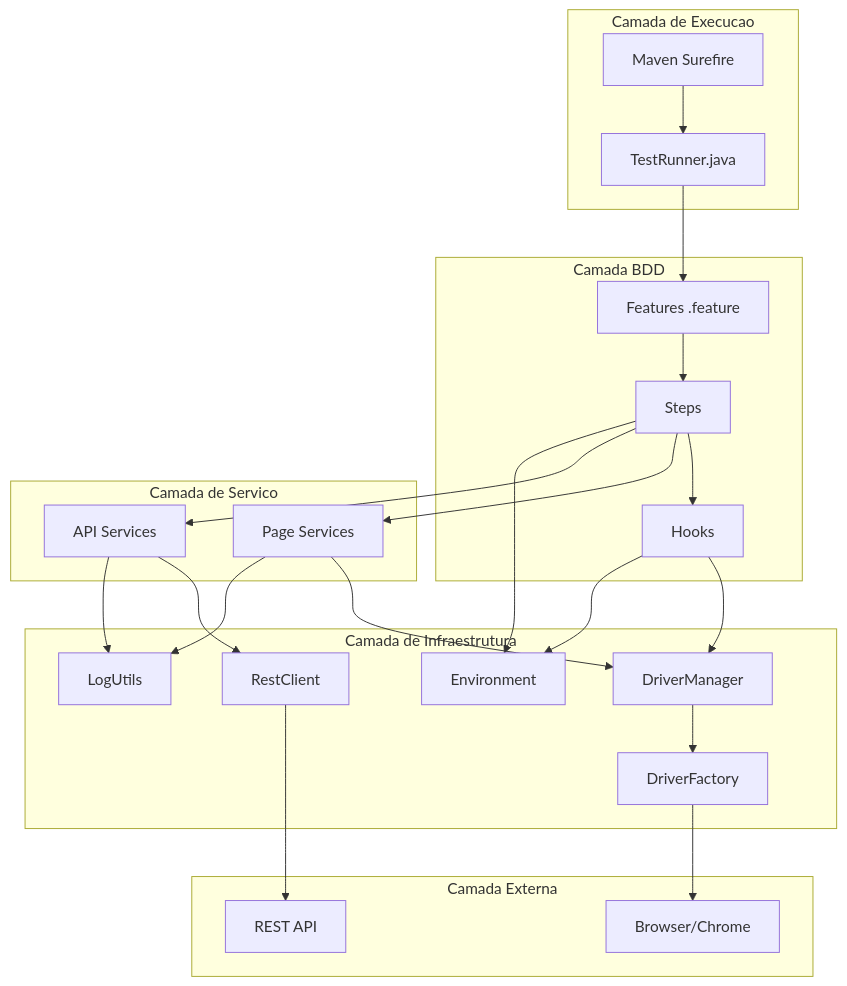
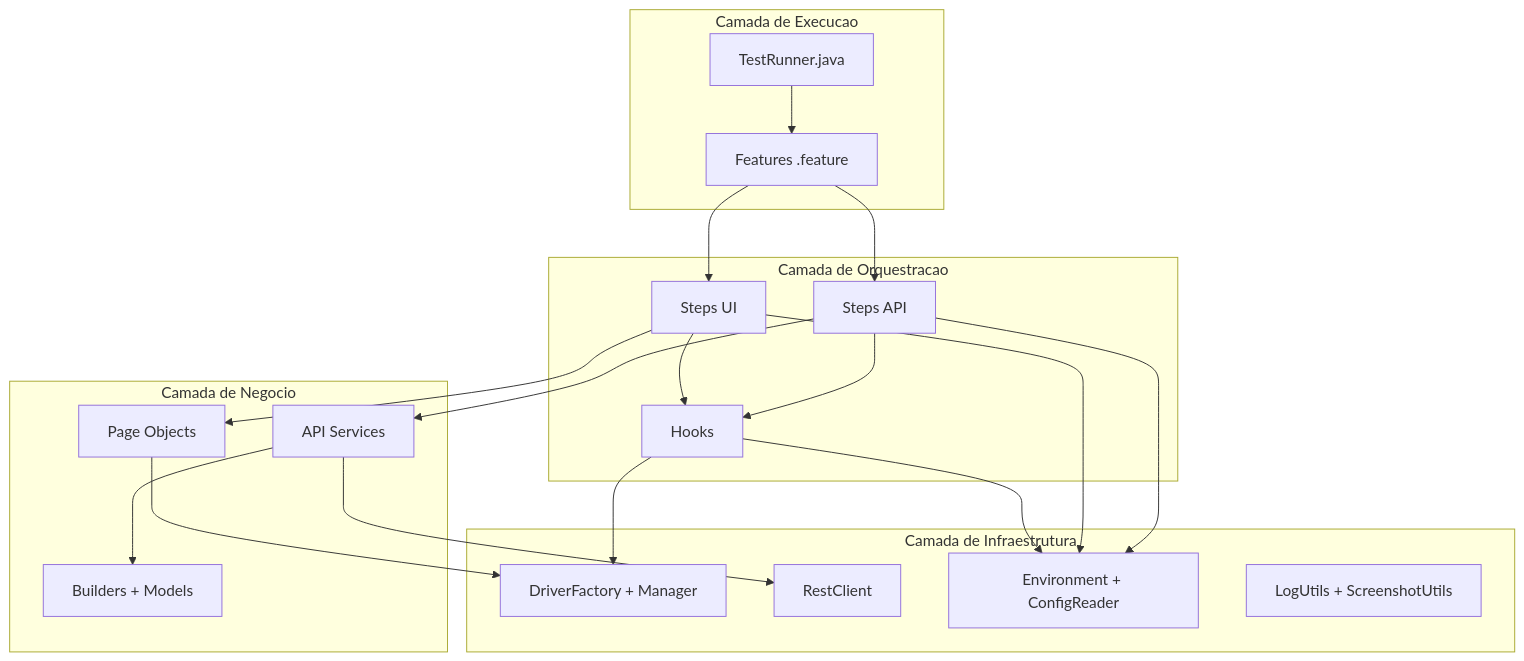
The first of 9 diagrams in DOCUMENTATION.md (aline-nory/selenium-restassured-cucumber-kiro-github-actions), drawn with Mermaid before and after one commit. The commit also changed other lines of this file, not shown here.

````diff
--- a/DOCUMENTATION.md
+++ b/DOCUMENTATION.md
@@ -84,48 +89,41 @@
 ```mermaid
 graph TB
     subgraph "Camada de Execucao"
-        TR[TestRunner.java]
-        MVN[Maven Surefire]
+        RUNNER[TestRunner.java]
+        FEATURES[Features .feature]
     end
 
-    subgraph "Camada BDD"
-        F[Features .feature]
-        S[Steps]
-        H[Hooks]
+    subgraph "Camada de Orquestracao"
+        STEPS_UI[Steps UI]
+        STEPS_API[Steps API]
+        HOOKS[Hooks]
     end
 
-    subgraph "Camada de Servico"
-        PS[Page Services]
-        AS[API Services]
+    subgraph "Camada de Negocio"
+        PAGES[Page Objects]
+        SERVICES[API Services]
+        BUILDERS[Builders + Models]
     end
 
     subgraph "Camada de Infraestrutura"
-        DM[DriverManager]
-        DF[DriverFactory]
-        RC[RestClient]
-        ENV[Environment]
-        LOG[LogUtils]
+        DRIVERS[DriverFactory + Manager]
+        RESTCLIENT[RestClient]
+        CONFIG[Environment + ConfigReader]
+        UTILS[LogUtils + ScreenshotUtils]
     end
 
-    subgraph "Camada Externa"
-        BR[Browser/Chrome]
-        API[REST API]
-    end
-
-    MVN --> TR
-    TR --> F
-    F --> S
-    S --> H
-    S --> PS
-    S --> AS
-    PS --> DM
-    AS --> RC
-    DM --> DF
-    DF --> BR
-    RC --> API
-    H --> DM
-    S --> ENV
-    H --> ENV
-    PS --> LOG
-    AS --> LOG
+    RUNNER --> FEATURES
+    FEATURES --> STEPS_UI
+    FEATURES --> STEPS_API
+    STEPS_UI --> HOOKS
+    STEPS_API --> HOOKS
+    STEPS_UI --> PAGES
+    STEPS_API --> SERVICES
+    SERVICES --> RESTCLIENT
+    PAGES --> DRIVERS
+    SERVICES --> BUILDERS
+    HOOKS --> DRIVERS
+    HOOKS --> CONFIG
+    STEPS_UI --> CONFIG
+    STEPS_API --> CONFIG
 ```
````
